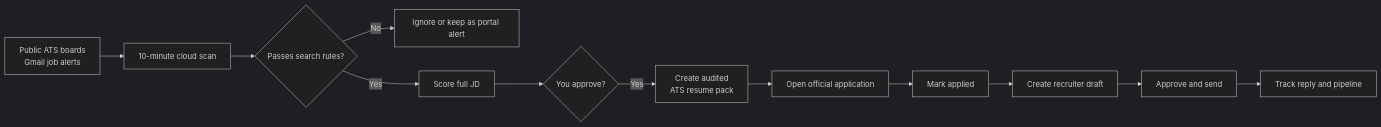
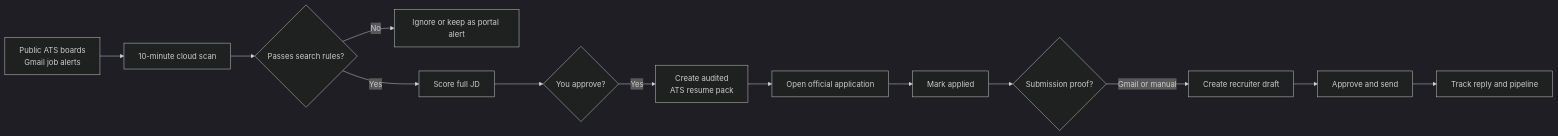
One commit to rizz1406/apply-pilot changed the first of 2 diagrams in README.md. Above: the diagram before and after it, drawn with Mermaid (dark theme). The commit also changed other lines of this file and 21 other files, not shown here.

````diff
--- a/README.md
+++ b/README.md
@@ -27,14 +27,15 @@
 ```mermaid
 flowchart LR
     A[Public ATS boards<br/>Gmail job alerts] --> B[10-minute cloud scan]
     B --> C{Passes search rules?}
     C -->|No| D[Ignore or keep as portal alert]
     C -->|Yes| E[Score full JD]
     E --> F{You approve?}
     F -->|Yes| G[Create audited<br/>ATS resume pack]
     G --> H[Open official application]
     H --> I[Mark applied]
-    I --> J[Create recruiter draft]
+    I --> V{Submission proof?}
+    V -->|Gmail or manual| J[Create recruiter draft]
     J --> K[Approve and send]
     K --> L[Track reply and pipeline]
 ```
````
